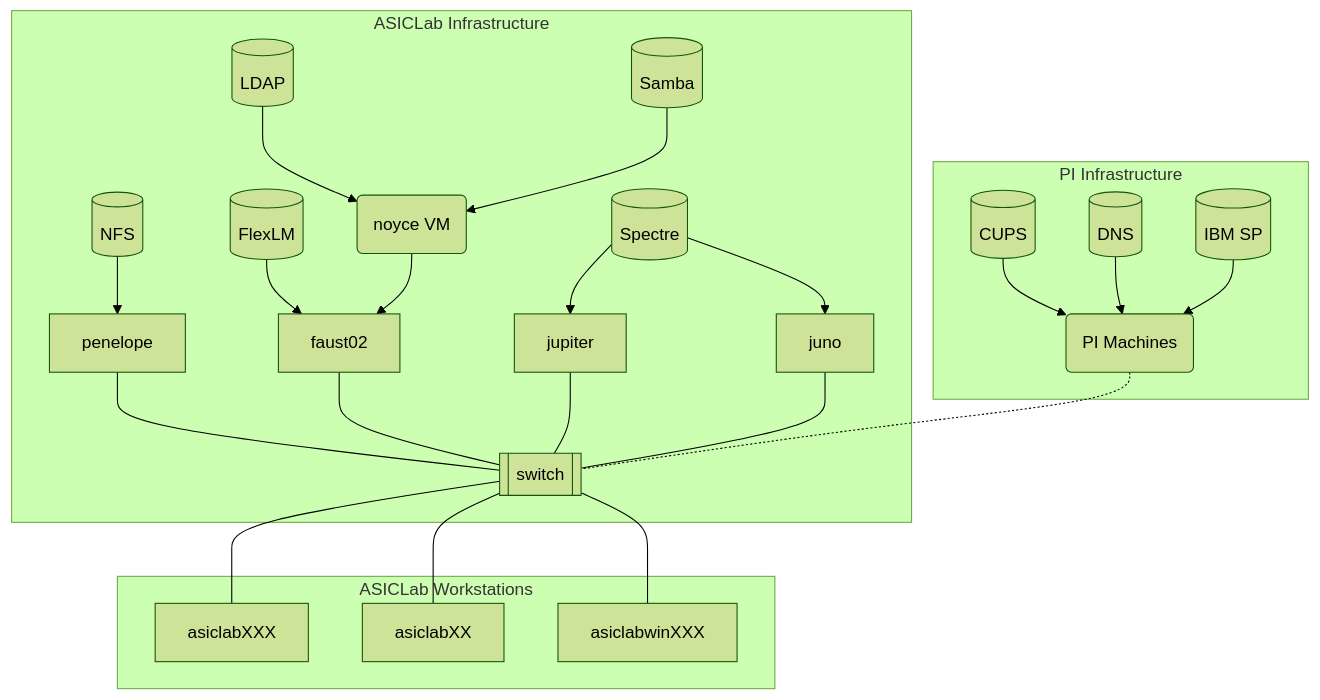
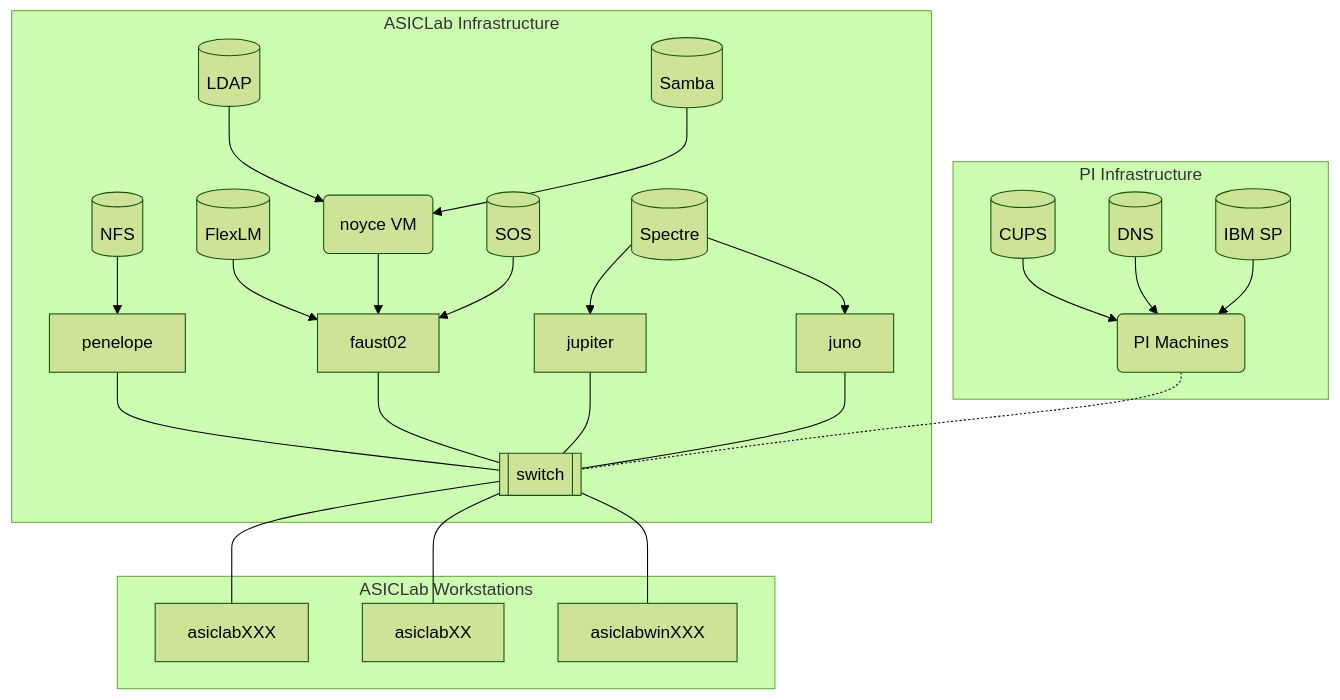
Before and after one commit to SiLab-Bonn/asiclab: the diagram in README.md, drawn with Mermaid (forest theme).

````diff
--- a/README.md
+++ b/README.md
@@ -9,38 +9,39 @@
 ```mermaid
 graph TB
 linkStyle default interpolate basis
 
 subgraph pin [PI Infrastructure]
 cups[(CUPS)]-->pi
 dns[(DNS)]-->pi
 tivoli[(IBM SP)]-->pi
 end
 
 subgraph asiclab[ASICLab Infrastructure]
 spectre[(Spectre)]-->jupiter
 spectre[(Spectre)]-->juno
 
 flexlm[(FlexLM)]-->faust02
 ldap[(LDAP)]-->noyce(noyce VM)
 samba[(Samba)]-->noyce
 nfs[(NFS)]-->penelope
 noyce-->faust02
+sos[(SOS)]-->faust02
 
 penelope---switch[[switch]]
 faust02---switch
 jupiter---switch
 juno---switch
 end
 
 pi(PI Machines)-.-switch
 
 subgraph asm[ASICLab Workstations]
 asiclabXXX
 asiclabXX
 asiclabwinXXX
 end
 
 switch---asiclabXXX
 switch---asiclabXX
 switch---asiclabwinXXX
 ```
````
